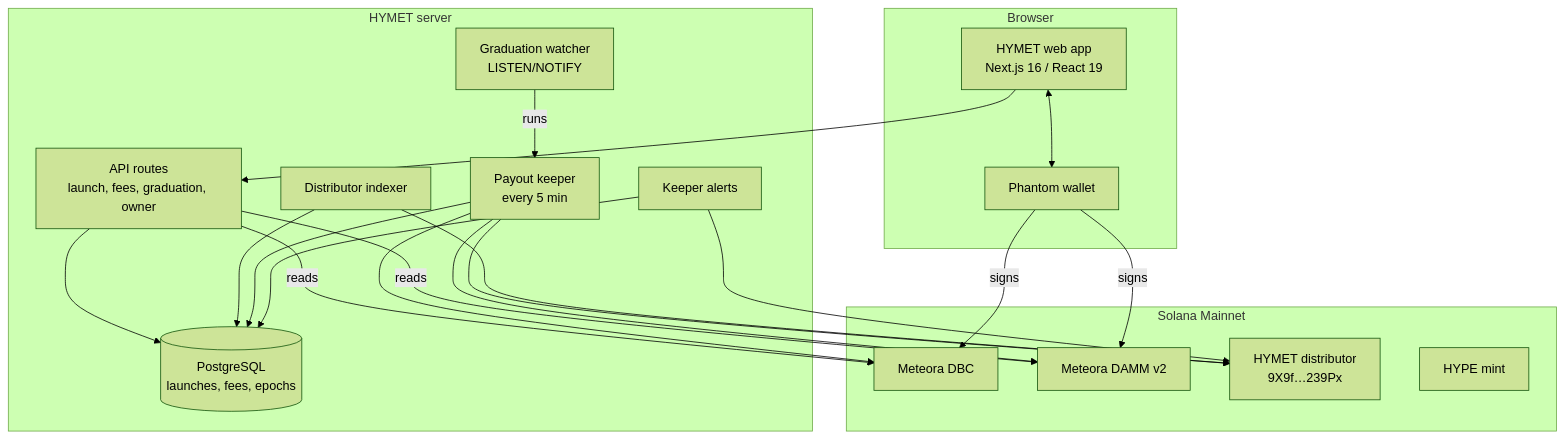
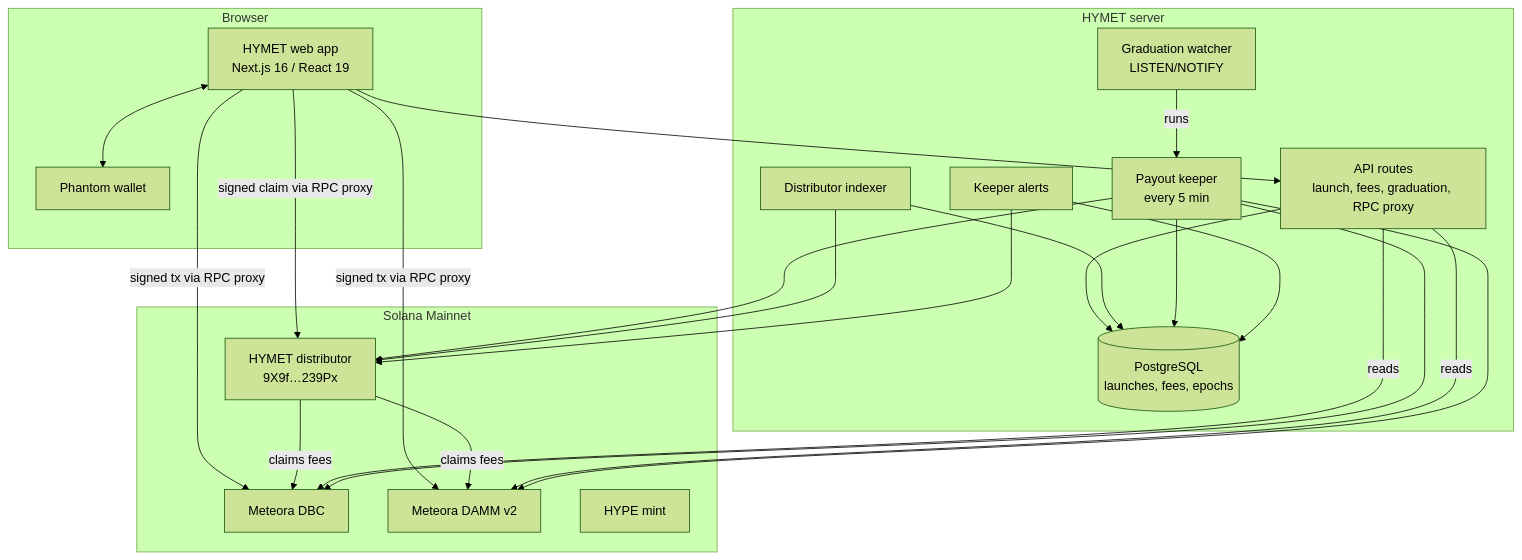
The third of 3 diagrams in README.md (Hymetdotfun/hymet), drawn with Mermaid (forest theme) before and after one commit. The commit also changed other lines of this file and 7 other files, not shown here.

````diff
--- a/README.md
+++ b/README.md
@@ -104,37 +115,40 @@
 ```mermaid
 flowchart TB
     subgraph Browser
       W[Phantom wallet]
       UI[HYMET web app<br/>Next.js 16 / React 19]
     end
     subgraph Server["HYMET server"]
-      API[API routes<br/>launch, fees, graduation, owner]
+      API[API routes<br/>launch, fees, graduation, RPC proxy]
       DB[(PostgreSQL<br/>launches, fees, epochs)]
       IDX[Distributor indexer]
       KEEP[Payout keeper<br/>every 5 min]
       WATCH[Graduation watcher<br/>LISTEN/NOTIFY]
       ALERT[Keeper alerts]
     end
     subgraph Solana["Solana Mainnet"]
       DBC[Meteora DBC]
       DAMM[Meteora DAMM v2]
       DIST[HYMET distributor<br/>9X9f…239Px]
       HYPE[HYPE mint]
     end
     UI <--> W
     UI --> API
     API --> DB
-    W -- signs --> DBC
-    W -- signs --> DAMM
+    UI -- signed tx via RPC proxy --> DBC
+    UI -- signed tx via RPC proxy --> DAMM
+    UI -- signed claim via RPC proxy --> DIST
+    DIST -- claims fees --> DBC
+    DIST -- claims fees --> DAMM
     API -- reads --> DBC
     API -- reads --> DAMM
     WATCH -- runs --> KEEP
     KEEP --> DBC
     KEEP --> DAMM
     KEEP --> DIST
     IDX --> DIST
     IDX --> DB
     KEEP --> DB
     ALERT --> DB
     ALERT --> DIST
 ```
````
